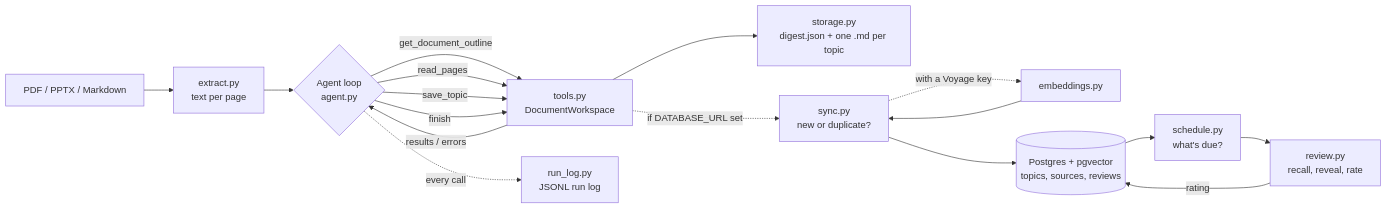
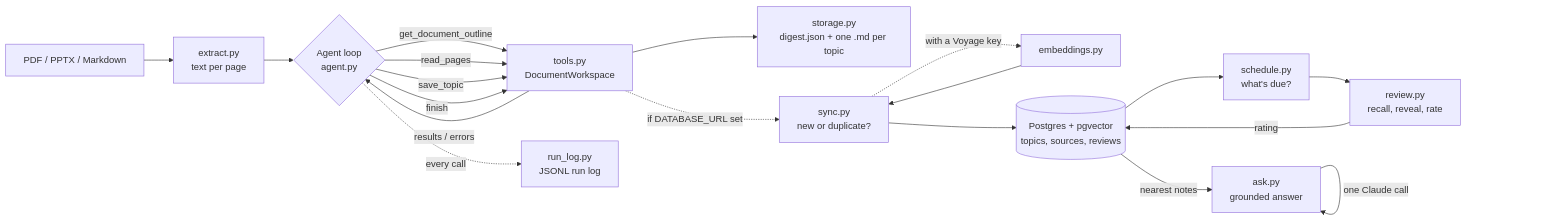
The diagram in README.md (Coral-ctrl/retrieve-agent), drawn with Mermaid before and after one commit. The commit also changed other lines of this file and 7 other files, not shown here.

Commit message:
Add Phase 5a: ask -- questions answered from your own notes (RAG) with citations

````diff
--- a/README.md
+++ b/README.md
@@ -21,19 +22,21 @@
 ```mermaid
 flowchart LR
     A[PDF / PPTX / Markdown] --> B[extract.py<br/>text per page]
     B --> C{Agent loop<br/>agent.py}
     C -- get_document_outline --> D[tools.py<br/>DocumentWorkspace]
     C -- read_pages --> D
     C -- save_topic --> D
     C -- finish --> D
     D -- results / errors --> C
     D --> E[storage.py<br/>digest.json + one .md per topic]
     D -. if DATABASE_URL set .-> H[sync.py<br/>new or duplicate?]
     H -. with a Voyage key .-> G[embeddings.py]
     G --> H
     H --> I[(Postgres + pgvector<br/>topics, sources, reviews)]
     I --> K[schedule.py<br/>what's due?]
     K --> J[review.py<br/>recall, reveal, rate]
     J -- rating --> I
+    I -- nearest notes --> L[ask.py<br/>grounded answer]
+    L -- one Claude call --> L
     C -. every call .-> F[run_log.py<br/>JSONL run log]
 ```
````
